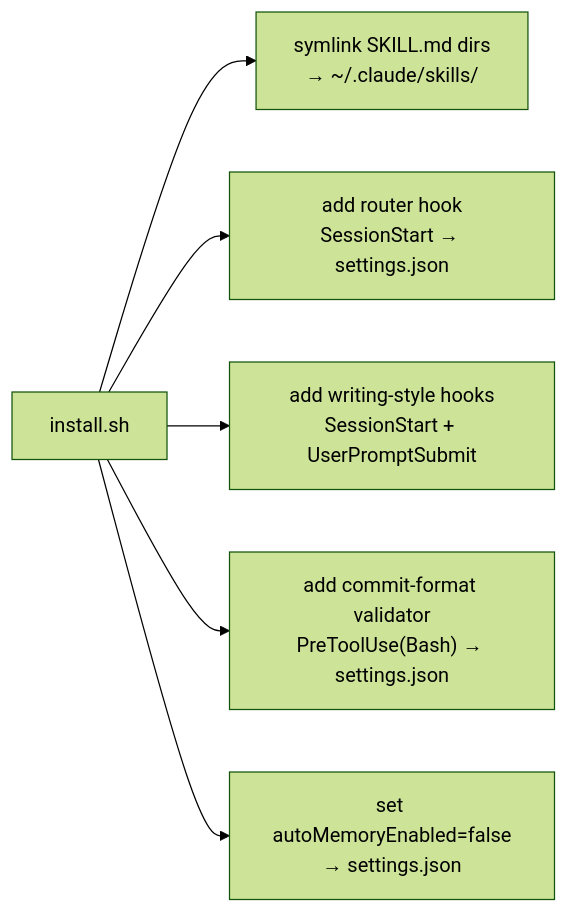
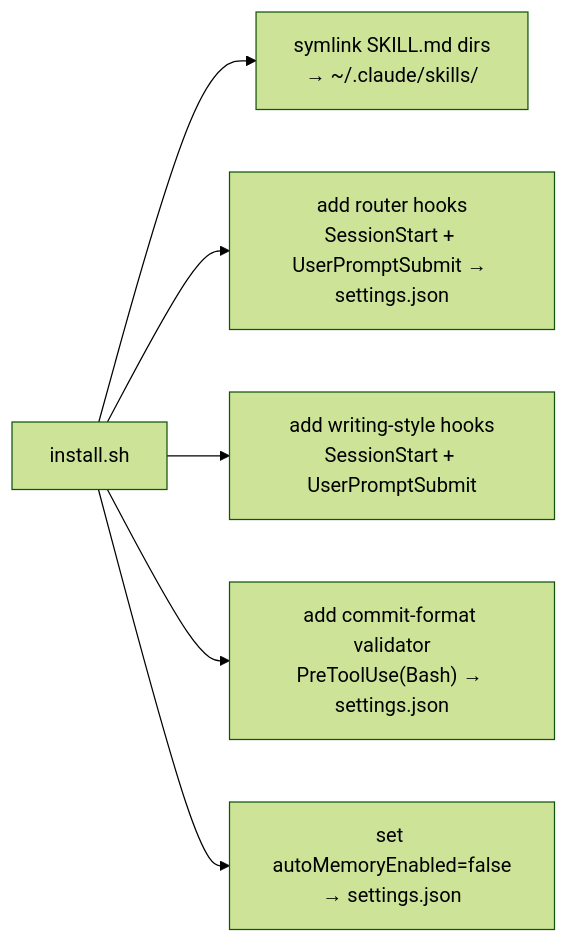
One commit to ubunish/nish-ai changed the first of 3 diagrams in README.md. Above: the diagram before and after it, drawn with Mermaid (forest theme). The commit also changed other lines of this file, not shown here.

Commit message:
docs: document hard-dispatch router hooks

````diff
--- a/README.md
+++ b/README.md
@@ -44,8 +44,8 @@
 ```mermaid
 flowchart LR
     I["install.sh"] --> S["symlink SKILL.md dirs<br/>→ ~/.claude/skills/"]
-    I --> HR["add router hook<br/>SessionStart → settings.json"]
+    I --> HR["add router hooks<br/>SessionStart + UserPromptSubmit → settings.json"]
     I --> HS["add writing-style hooks<br/>SessionStart + UserPromptSubmit"]
     I --> HV["add commit-format validator<br/>PreToolUse(Bash) → settings.json"]
     I --> M["set autoMemoryEnabled=false<br/>→ settings.json"]
 ```
````
